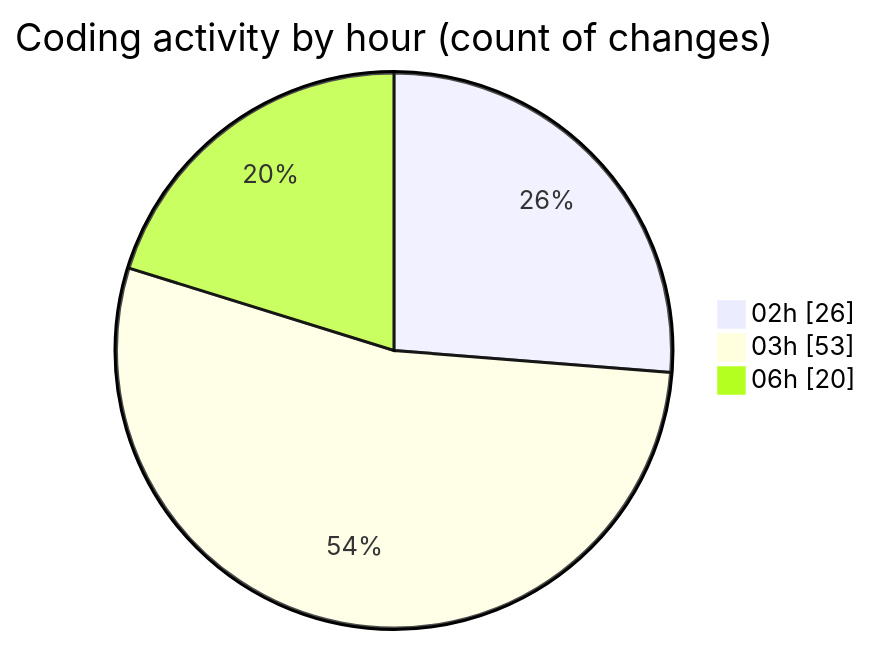
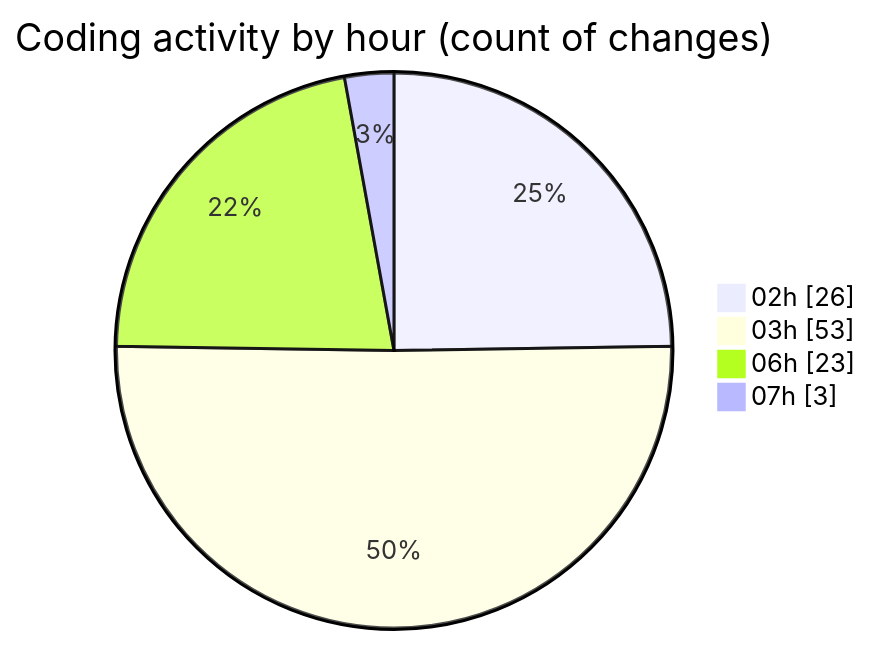
One commit to charlie-sans/code-tracking changed the second of 2 diagrams in 2025-02-22/micros/README.md. Above: the diagram before and after it, drawn with Mermaid. The commit also changed other lines of this file and 1 other file, not shown here.

````diff
--- a/2025-02-22/micros/README.md
+++ b/2025-02-22/micros/README.md
@@ -63,7 +63,8 @@
 ```mermaid
 pie showData
 title Coding activity by hour (count of changes)
 "02h" : 26
 "03h" : 53
-"06h" : 20
+"06h" : 23
+"07h" : 3
 ```
````
